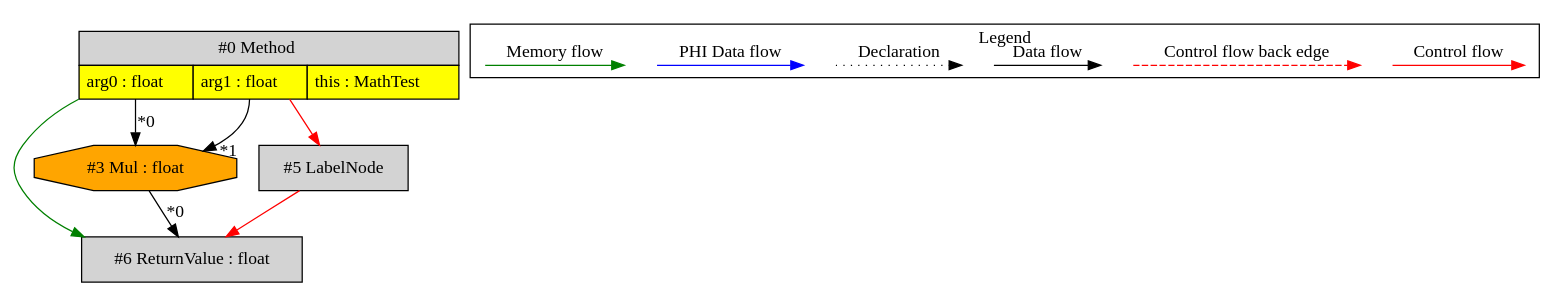
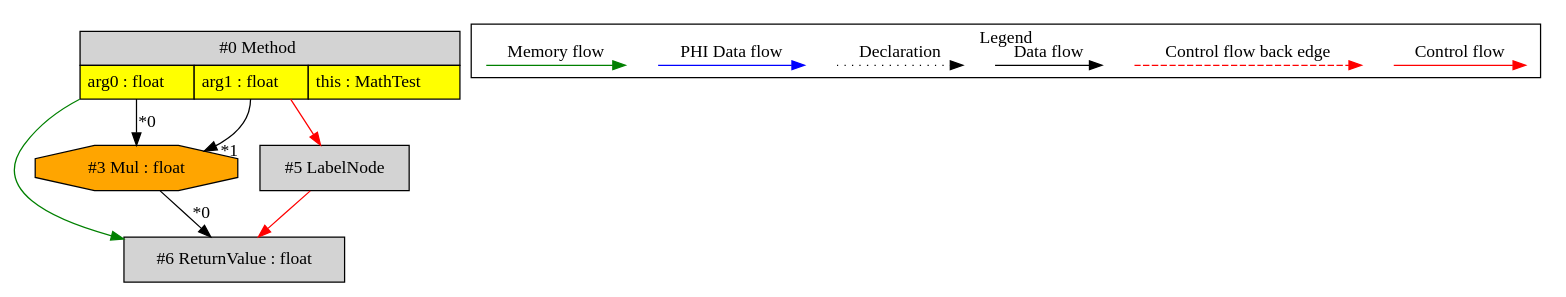
The diagram in de.mirkosertic.metair.ir.examples.MathTest/fmul/ir.dot (mirkosertic/MetaIR), drawn with Graphviz before and after one commit. The commit also changed 1256 other files, not shown here.

```diff
--- a/de.mirkosertic.metair.ir.examples.MathTest/fmul/ir.dot
+++ b/de.mirkosertic.metair.ir.examples.MathTest/fmul/ir.dot
@@ -1,38 +1,39 @@
 digraph {
+ ordering="in";
  node0[margin="0", label=<<table border="0" cellborder="1" cellspacing="0" cellpadding="5"><tr><td colspan="3">#0 Method</td></tr><tr><td port="prj2" bgcolor="yellow">arg0 : float</td><td port="prj1" bgcolor="yellow">arg1 : float</td><td port="prj4" bgcolor="yellow">this : MathTest</td></tr></table>>,shape=none, fillcolor=lightgrey, style=filled];
  node5[label="#5 LabelNode",shape=box, fillcolor=lightgrey, style=filled];
  node0 -> node5[labeldistance=2, color=red, fontcolor=red];
  node6[label="#6 ReturnValue : float",shape=box, fillcolor=lightgrey, style=filled];
  node3 -> node6[headlabel="*0", labeldistance=2];
  node5 -> node6[labeldistance=2, color=red, fontcolor=red];
  node0 -> node6[labeldistance=2, color=green, constraint=false];
  node3[label="#3 Mul : float",shape=octagon, fillcolor=orange, style=filled];
  node0:prj2 -> node3[headlabel="*0", labeldistance=2];
  node0:prj1 -> node3[headlabel="*1", labeldistance=2];
  subgraph cluster_000 {
   label = "Legend";
   node [shape=point]
   {
    rank=same;
    c0 [style = invis];
    c1 [style = invis];
    c2 [style = invis];
    c3 [style = invis];
    d0 [style = invis];
    d1 [style = invis];
    d2 [style = invis];
    d3 [style = invis];
    d4 [style = invis];
    d5 [style = invis];
    d6 [style = invis];
    d7 [style = invis];
   }
   c0 -> c1 [label="Control flow", style=solid, color=red]
   c2 -> c3 [label="Control flow back edge", style=dashed, color=red]
   d0 -> d1 [label="Data flow"]
   d2 -> d3 [label="Declaration", style=dotted]
   d4 -> d5 [label="PHI Data flow", color=blue]
   d6 -> d7 [label="Memory flow", color=green]
  }
 
 }
```
